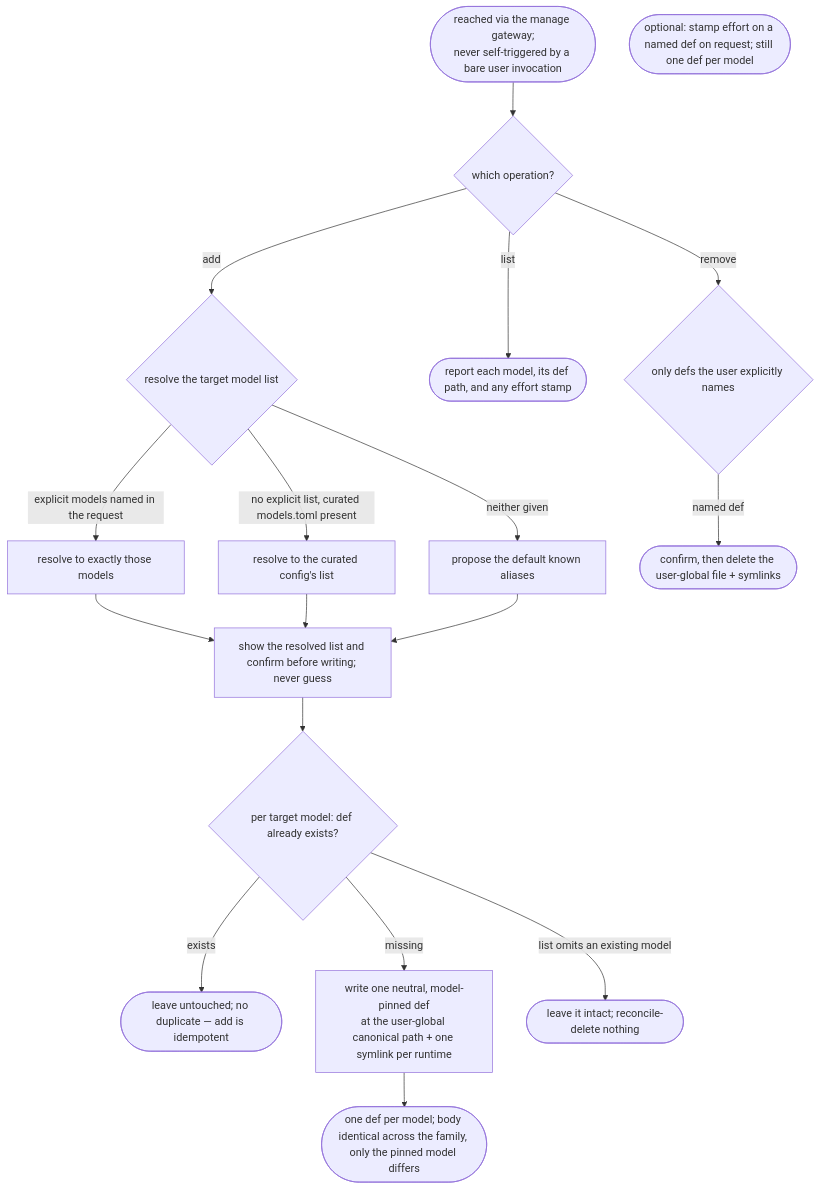
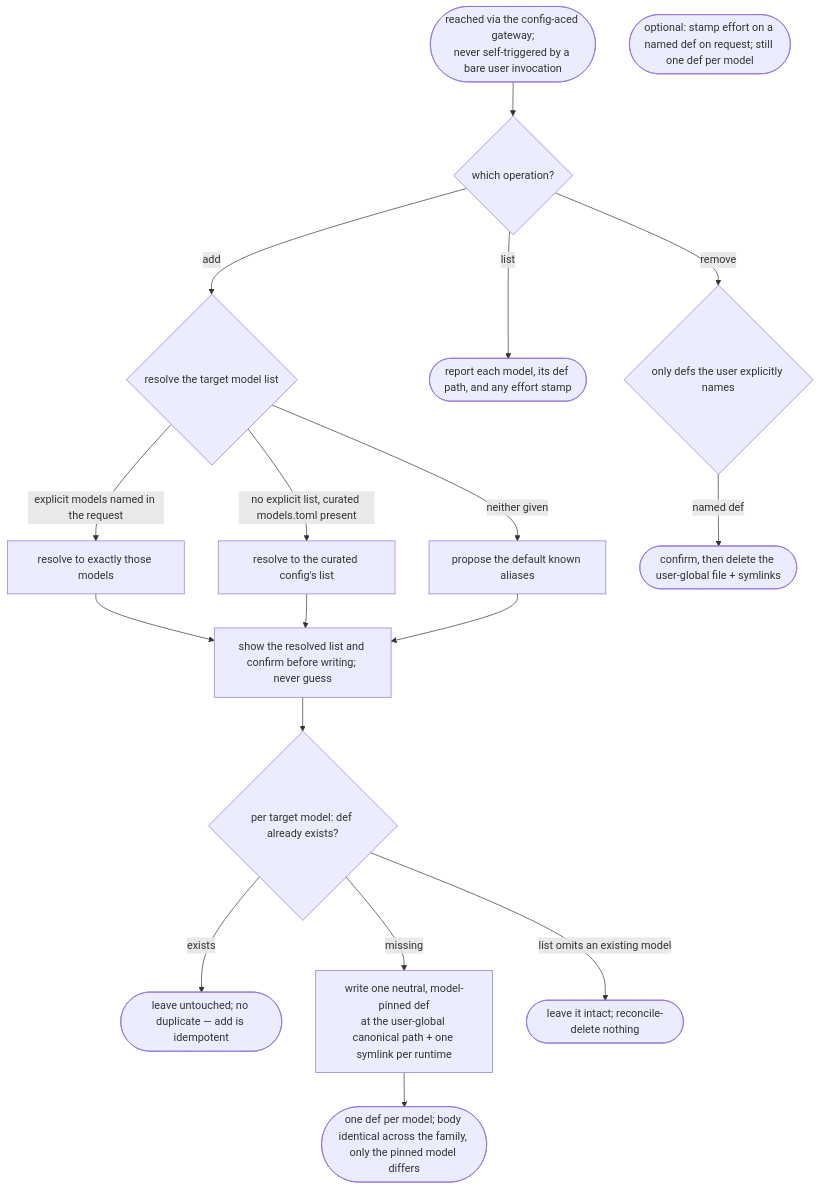
Before and after one commit to cyberuni/cyber-sdd: the diagram in .agents/specs/aced/config-authoring/manage-model-runners/README.md, drawn with Mermaid. The commit also changed other lines of this file and 85 other files, not shown here.

````diff
--- a/.agents/specs/aced/config-authoring/manage-model-runners/README.md
+++ b/.agents/specs/aced/config-authoring/manage-model-runners/README.md
@@ -53,29 +53,29 @@
 ```mermaid
 flowchart TD
-  GATEWAY([reached via the manage gateway;<br/>never self-triggered by a bare user invocation]) --> OP
+  GATEWAY([reached via the config-aced gateway;<br/>never self-triggered by a bare user invocation]) --> OP
 
   OP{which operation?}
   OP -->|add| RESOLVE
   OP -->|list| LIST([report each model, its def path, and any effort stamp])
   OP -->|remove| REMOVE
 
   RESOLVE{resolve the target model list}
   RESOLVE -->|explicit models named in the request| EXPL[resolve to exactly those models]
   RESOLVE -->|no explicit list, curated models.toml present| CUR[resolve to the curated config's list]
   RESOLVE -->|neither given| DEF[propose the default known aliases]
   EXPL --> CONFIRM
   CUR --> CONFIRM
   DEF --> CONFIRM
   CONFIRM[show the resolved list and confirm before writing; never guess] --> WRITE
 
   WRITE{per target model: def already exists?}
   WRITE -->|exists| SKIP(["leave untouched; no duplicate — add is idempotent"])
   WRITE -->|missing| CREATE[write one neutral, model-pinned def<br/>at the user-global canonical path + one symlink per runtime]
   WRITE -->|list omits an existing model| NOAUTO([leave it intact; reconcile-delete nothing])
   CREATE --> SHAPE([one def per model; body identical across the family, only the pinned model differs])
 
   REMOVE{only defs the user explicitly names}
   REMOVE -->|named def| DEL([confirm, then delete the user-global file + symlinks])
 
   EFFORT([optional: stamp effort on a named def on request; still one def per model])
 ```
````
